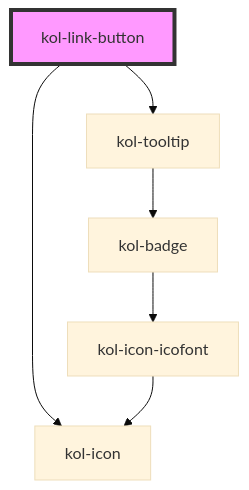
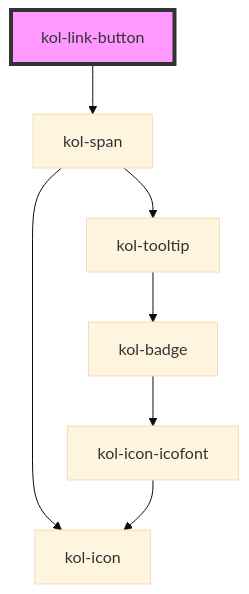
Before and after one commit to public-ui/kolibri: the diagram in packages/library/src/components/link-button/readme.md, drawn with Mermaid (base theme). The commit also changed other lines of this file and 20 other files, not shown here.

````diff
--- a/packages/library/src/components/link-button/readme.md
+++ b/packages/library/src/components/link-button/readme.md
@@ -41,9 +40,10 @@
 ```mermaid
 graph TD;
-  kol-link-button --> kol-icon
-  kol-link-button --> kol-tooltip
+  kol-link-button --> kol-span
+  kol-span --> kol-icon
+  kol-span --> kol-tooltip
   kol-tooltip --> kol-badge
   kol-badge --> kol-icon-icofont
   kol-icon-icofont --> kol-icon
   style kol-link-button fill:#f9f,stroke:#333,stroke-width:4px
 ```
````
